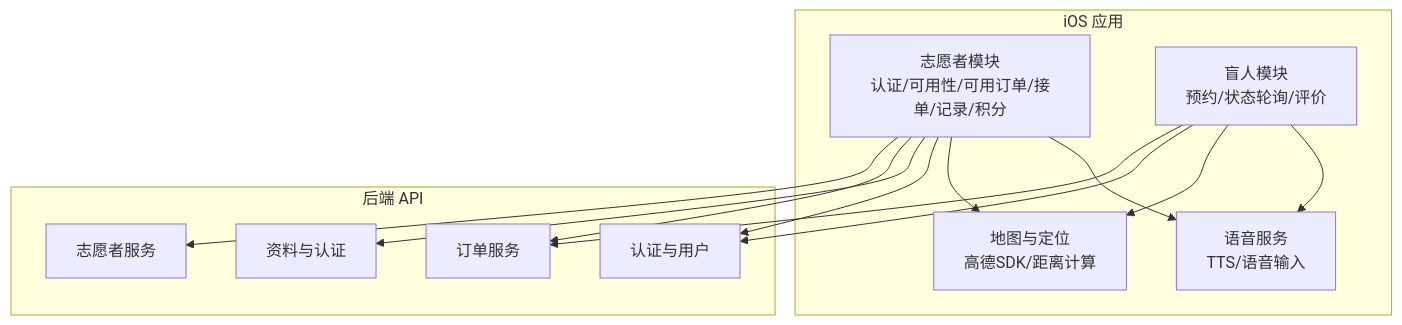
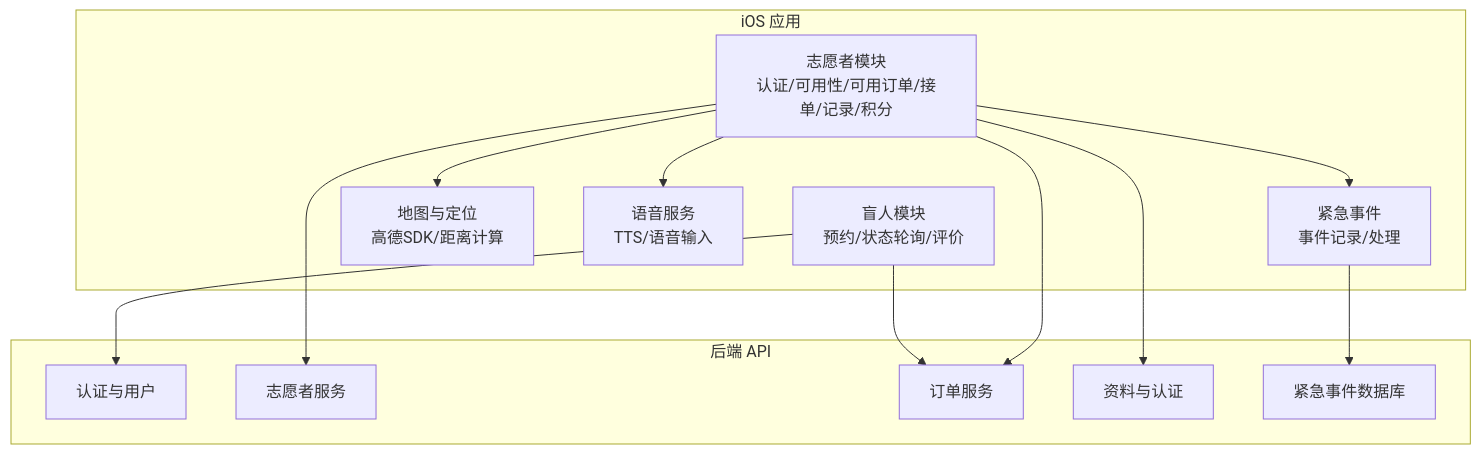
One commit to Jayden23018/blind-run-ios changed the first of 12 diagrams in .qoder/repowiki/zh/content/核心功能模块/志愿者功能/志愿者功能.md. Above: the diagram before and after it, drawn with Mermaid. The commit also changed other lines of this file and 11 other files, not shown here.

Commit message:
Unify emergency safety flow and status handling

````diff
--- a/.qoder/repowiki/zh/content/核心功能模块/志愿者功能/志愿者功能.md
+++ b/.qoder/repowiki/zh/content/核心功能模块/志愿者功能/志愿者功能.md
@@ -63,25 +75,26 @@
 ```mermaid
 graph TB
 subgraph "iOS 应用"
 VR["志愿者模块<br/>认证/可用性/可用订单/接单/记录/积分"]
 BR["盲人模块<br/>预约/状态轮询/评价"]
 MAP["地图与定位<br/>高德SDK/距离计算"]
 VOICE["语音服务<br/>TTS/语音输入"]
+EMER["紧急事件<br/>事件记录/处理"]
 end
 subgraph "后端 API"
 AUTH["认证与用户"]
 VOL["志愿者服务"]
 ORD["订单服务"]
 PROF["资料与认证"]
+EMERDB["紧急事件数据库"]
 end
 VR --> VOL
 VR --> ORD
 VR --> PROF
+VR --> MAP
+VR --> VOICE
+VR --> EMER
 BR --> ORD
-VR --> AUTH
 BR --> AUTH
-VR --> MAP
-BR --> MAP
-VR --> VOICE
-BR --> VOICE
+EMER --> EMERDB
 ```
````
